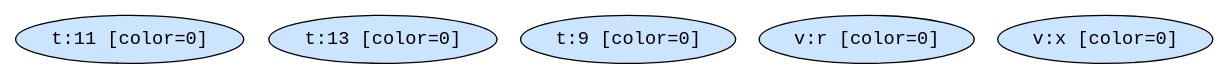
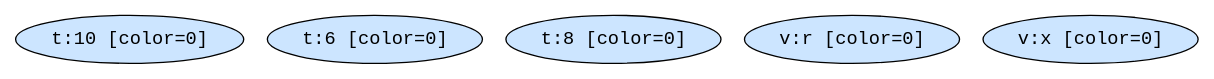
One commit to Nikolay56615/TVDSL-HW changed the diagram in HW4/examples/good_basic.interference.dot. Above: the diagram before and after it, drawn with Graphviz. The commit also changed 12 other files, not shown here.

```diff
--- a/HW4/examples/good_basic.interference.dot
+++ b/HW4/examples/good_basic.interference.dot
@@ -1,8 +1,8 @@
 graph "interference_main" {
   node [shape=ellipse, fontname="monospace"];
-  "t:11" [label="t:11 [color=0]", style="filled", fillcolor="#cce5ff"];
-  "t:13" [label="t:13 [color=0]", style="filled", fillcolor="#cce5ff"];
-  "t:9" [label="t:9 [color=0]", style="filled", fillcolor="#cce5ff"];
+  "t:10" [label="t:10 [color=0]", style="filled", fillcolor="#cce5ff"];
+  "t:6" [label="t:6 [color=0]", style="filled", fillcolor="#cce5ff"];
+  "t:8" [label="t:8 [color=0]", style="filled", fillcolor="#cce5ff"];
   "v:r" [label="v:r [color=0]", style="filled", fillcolor="#cce5ff"];
   "v:x" [label="v:x [color=0]", style="filled", fillcolor="#cce5ff"];
 }
```
